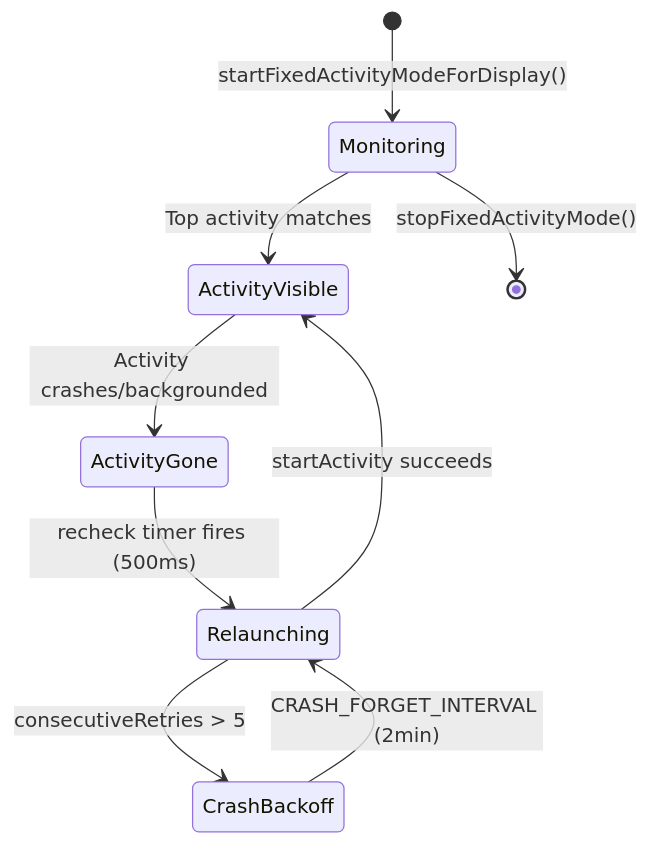
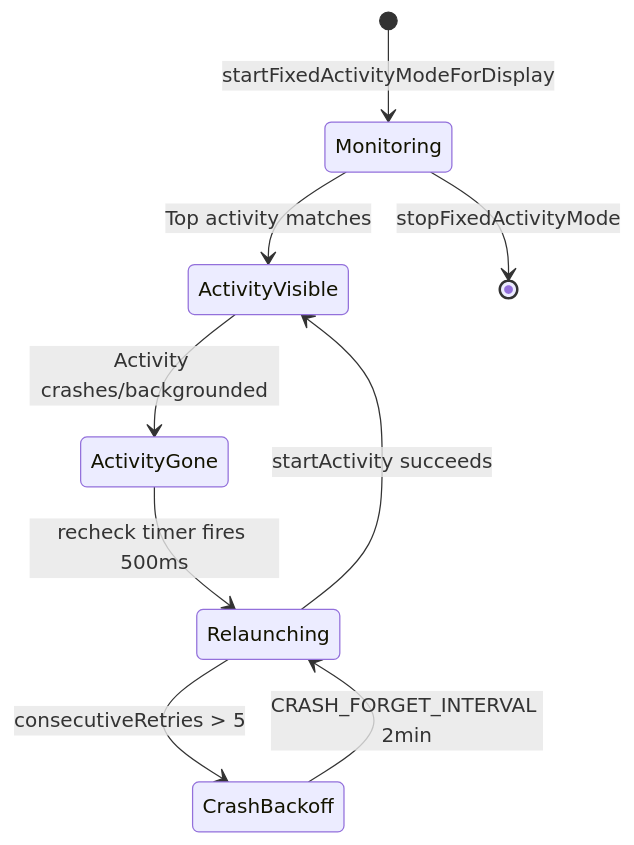
Before and after one commit to fwrite0920/aosp-internal-book: the seventh of 35 diagrams in 60-automotive-tv-wear.md, drawn with Mermaid. The commit also changed other lines of this file and 21 other files, not shown here.

First line of the commit message:
Fix Mermaid diagrams and formatting in Parts IX-XV and Appendix A (chapters 40-63)

````diff
--- a/60-automotive-tv-wear.md
+++ b/60-automotive-tv-wear.md
@@ -804,11 +804,11 @@
 ```mermaid
 stateDiagram-v2
-    [*] --> Monitoring: startFixedActivityModeForDisplay()
+    [*] --> Monitoring: startFixedActivityModeForDisplay
     Monitoring --> ActivityVisible: Top activity matches
     ActivityVisible --> ActivityGone: Activity crashes/backgrounded
-    ActivityGone --> Relaunching: recheck timer fires (500ms)
+    ActivityGone --> Relaunching: recheck timer fires 500ms
     Relaunching --> ActivityVisible: startActivity succeeds
     Relaunching --> CrashBackoff: consecutiveRetries > 5
-    CrashBackoff --> Relaunching: CRASH_FORGET_INTERVAL (2min)
-    Monitoring --> [*]: stopFixedActivityMode()
+    CrashBackoff --> Relaunching: CRASH_FORGET_INTERVAL 2min
+    Monitoring --> [*]: stopFixedActivityMode
 ```
````
